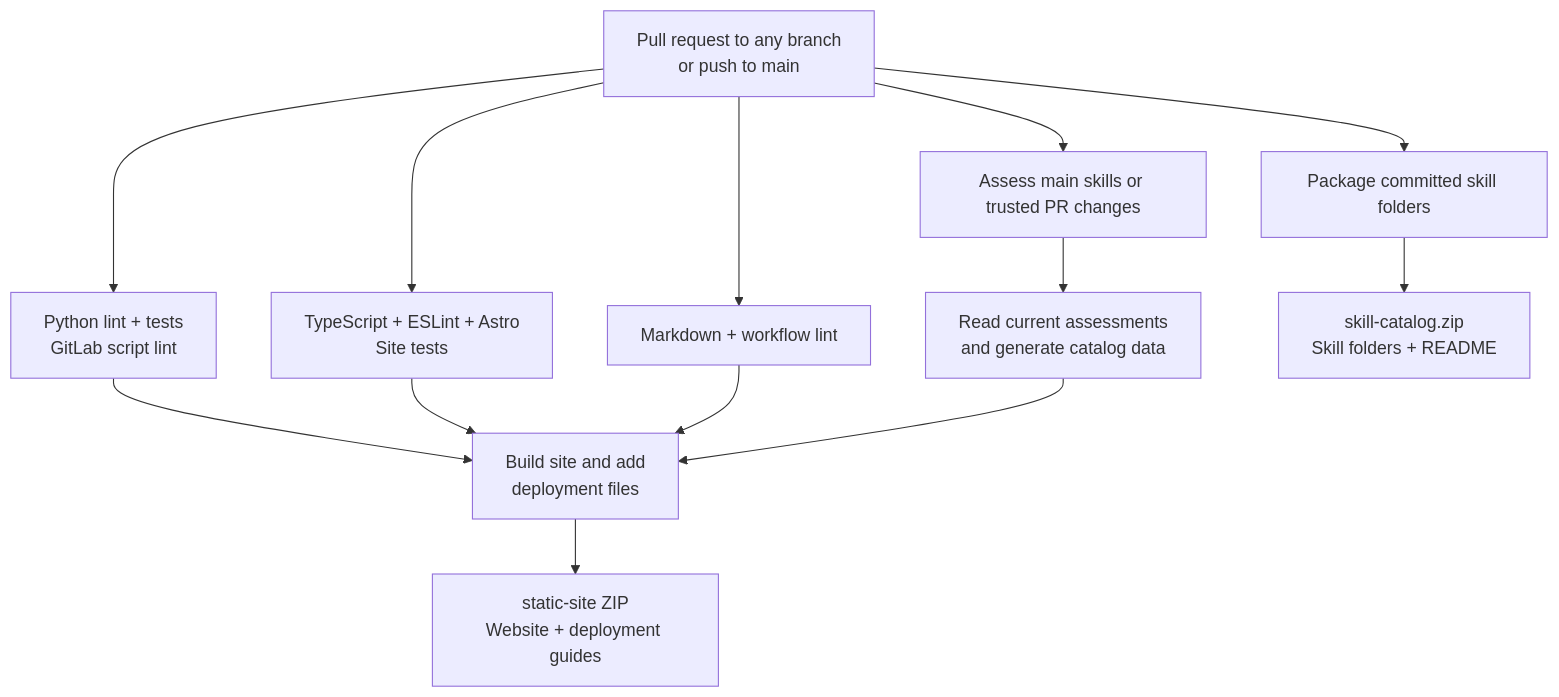
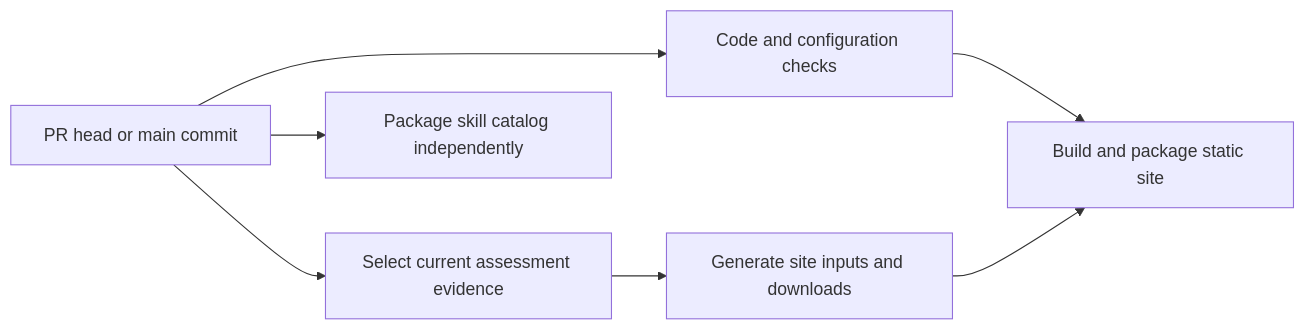
The diagram in CI.md (Code-dot-mil/SkLC), drawn with Mermaid before and after one commit. The commit also changed other lines of this file, not shown here.

````diff
--- a/CI.md
+++ b/CI.md
@@ -12,16 +21,9 @@
 ```mermaid
-flowchart TD
-    A["Pull request to any branch<br/>or push to main"]
-    A --> P["Python lint + tests<br/>GitLab script lint"]
-    A --> S["TypeScript + ESLint + Astro<br/>Site tests"]
-    A --> L["Markdown + workflow lint"]
-    A --> Q["Assess main skills or trusted PR changes"]
-    Q --> E["Read current assessments<br/>and generate catalog data"]
-    A --> C["Package committed skill folders"]
-    P --> B["Build site and add<br/>deployment files"]
-    S --> B
-    L --> B
-    E --> B
-    B --> W["static-site ZIP<br/>Website + deployment guides"]
-    C --> Z["skill-catalog.zip<br/>Skill folders + README"]
+flowchart LR
+    revision["PR head or main commit"] --> checks["Code and configuration checks"]
+    revision --> evidence["Select current assessment evidence"]
+    evidence --> generate["Generate site inputs and downloads"]
+    checks --> build["Build and package static site"]
+    generate --> build
+    revision --> catalog["Package skill catalog independently"]
 ```
````
